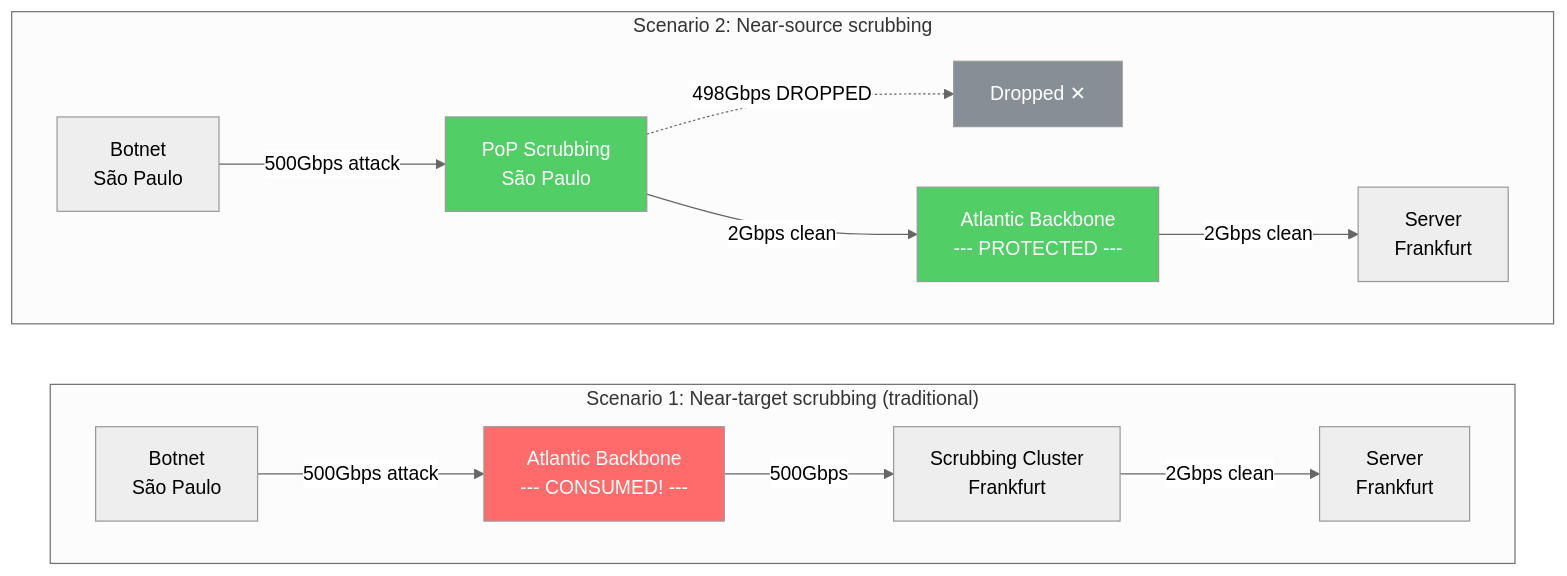
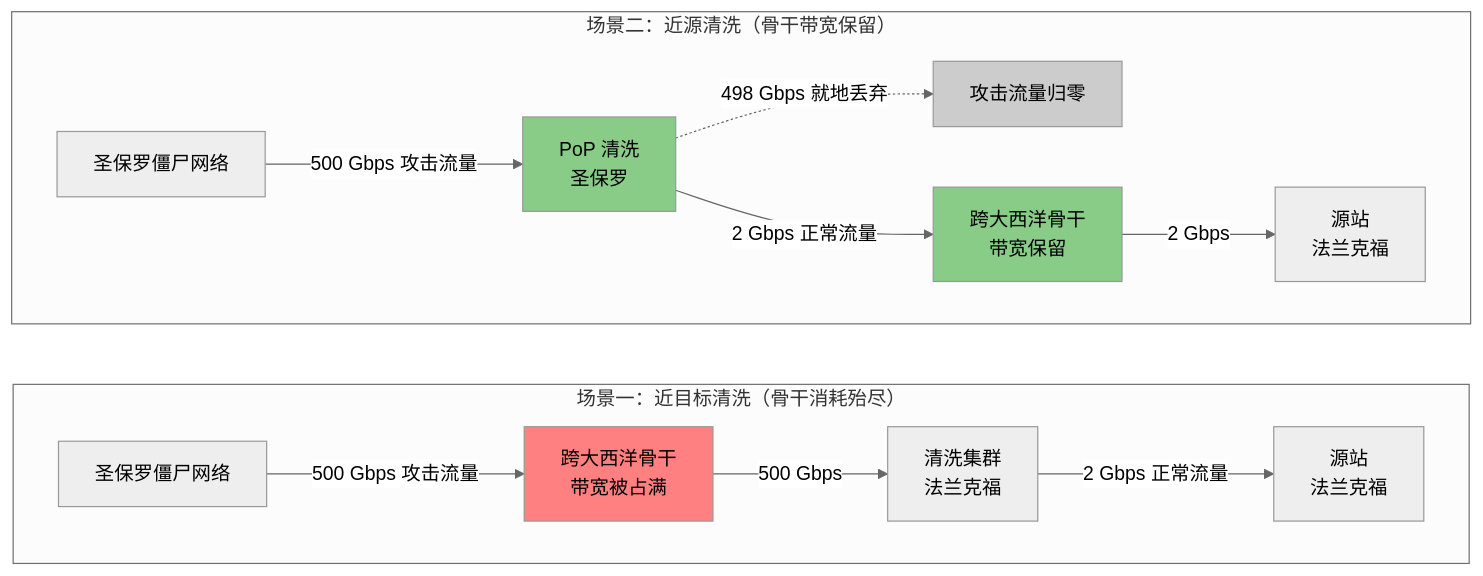
The fourth of 4 diagrams in docs/26.洪水来袭DDoS防护.md (caozhiyi/network-book), drawn with Mermaid (neutral theme) before and after one commit. The commit also changed other lines of this file and 36 other files, not shown here.

````diff
--- a/docs/26.洪水来袭DDoS防护.md
+++ b/docs/26.洪水来袭DDoS防护.md
@@ -189,22 +165,22 @@
 ```mermaid
 graph LR
-    subgraph "Scenario 1: Near-target scrubbing (traditional)"
+    subgraph 场景一["场景一：近目标清洗（骨干消耗殆尽）"]
         direction LR
-        B1[Botnet<br/>São Paulo] -->|"500Gbps attack"| BB1[Atlantic Backbone<br/>--- CONSUMED! ---]
-        BB1 -->|"500Gbps"| SC1[Scrubbing Cluster<br/>Frankfurt]
-        SC1 -->|"2Gbps clean"| S1[Server<br/>Frankfurt]
+        B1[圣保罗僵尸网络] -->|"500 Gbps 攻击流量"| BB1[跨大西洋骨干<br/>带宽被占满]
+        BB1 -->|"500 Gbps"| SC1[清洗集群<br/>法兰克福]
+        SC1 -->|"2 Gbps 正常流量"| S1[源站<br/>法兰克福]
     end
 
-    subgraph "Scenario 2: Near-source scrubbing"
+    subgraph 场景二["场景二：近源清洗（骨干带宽保留）"]
         direction LR
-        B2[Botnet<br/>São Paulo] -->|"500Gbps attack"| SC2[PoP Scrubbing<br/>São Paulo]
-        SC2 -.->|"498Gbps DROPPED"| X2["Dropped ✕"]
-        SC2 -->|"2Gbps clean"| BB2[Atlantic Backbone<br/>--- PROTECTED ---]
-        BB2 -->|"2Gbps clean"| S2[Server<br/>Frankfurt]
+        B2[圣保罗僵尸网络] -->|"500 Gbps 攻击流量"| SC2[PoP 清洗<br/>圣保罗]
+        SC2 -.->|"498 Gbps 就地丢弃"| X2[攻击流量归零]
+        SC2 -->|"2 Gbps 正常流量"| BB2[跨大西洋骨干<br/>带宽保留]
+        BB2 -->|"2 Gbps"| S2[源站<br/>法兰克福]
     end
 
-    style BB1 fill:#ff6b6b,color:#fff
-    style SC2 fill:#51cf66,color:#fff
-    style BB2 fill:#51cf66,color:#fff
-    style X2 fill:#868e96,color:#fff
+    style BB1 fill:#ff8080,color:#000
+    style SC2 fill:#88cc88,color:#000
+    style BB2 fill:#88cc88,color:#000
+    style X2 fill:#cccccc,color:#000
 ```
````
